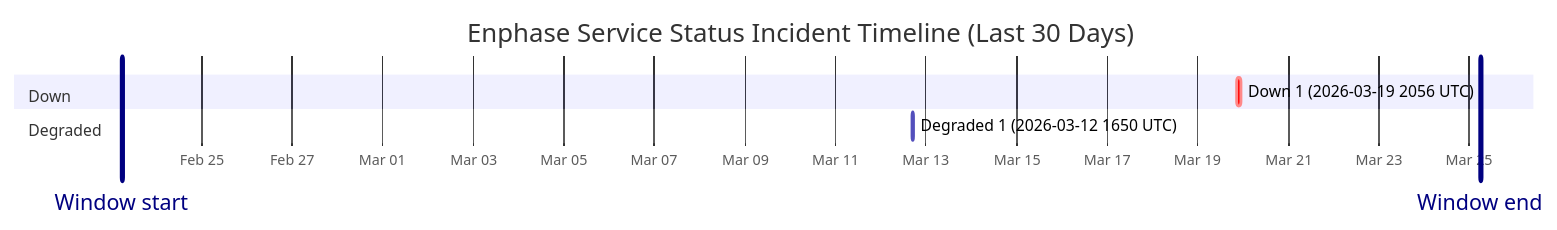
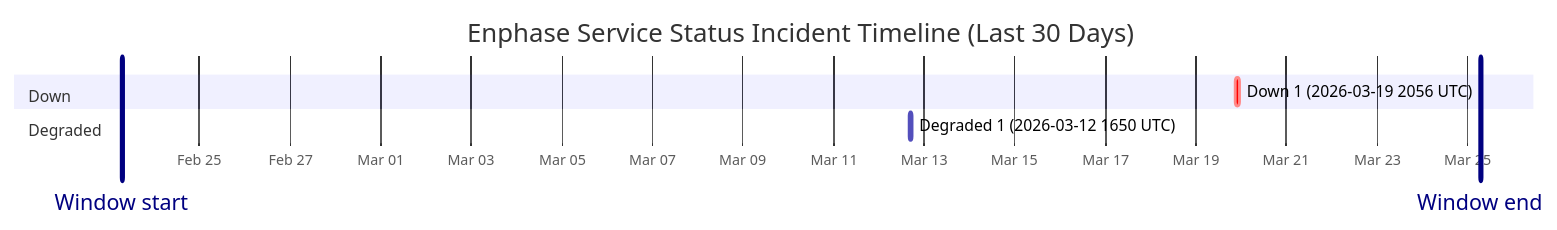
The diagram in wiki/Service-Status-History.md (barneyonline/ha-enphase-ev-charger), drawn with Mermaid before and after one commit. The commit also changed other lines of this file and 3 other files, not shown here.

````diff
--- a/wiki/Service-Status-History.md
+++ b/wiki/Service-Status-History.md
@@ -14,12 +14,12 @@
 ```mermaid
 gantt
     title Enphase Service Status Incident Timeline (Last 30 Days)
     dateFormat  YYYY-MM-DDTHH:mm:ss
     axisFormat  %b %d
-    Window start :vert, window-start, 2026-02-23T05:55:07, 0ms
-    Window end :vert, window-end, 2026-03-25T05:55:07, 0ms
+    Window start :vert, window-start, 2026-02-23T06:52:30, 0ms
+    Window end :vert, window-end, 2026-03-25T06:52:30, 0ms
     section Down
     Down 1 (2026-03-19 2056 UTC) :crit, down-1, 2026-03-19T20:56:20, 145m
     section Degraded
     Degraded 1 (2026-03-12 1650 UTC) :active, degraded-1, 2026-03-12T16:50:43, 60m
 ```
````
